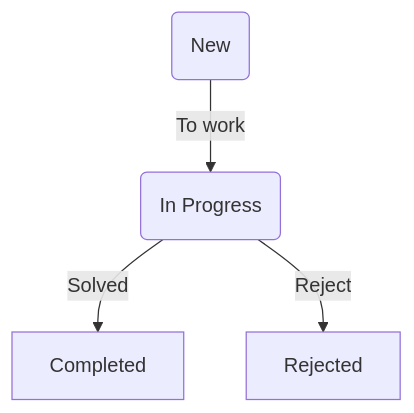
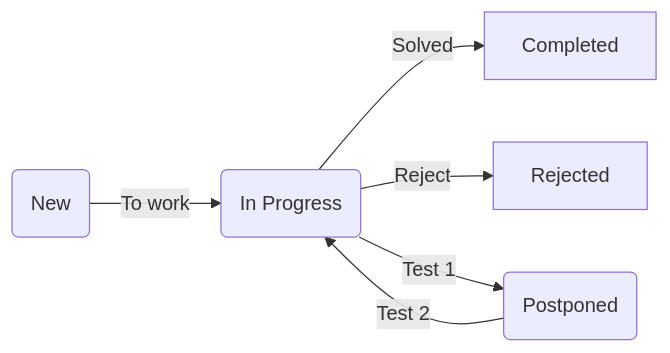
Before and after one commit to krivobokovvv/project-life: the diagram in docs/mvp.md, drawn with Mermaid. The commit also changed other lines of this file, not shown here.

````diff
--- a/docs/mvp.md
+++ b/docs/mvp.md
@@ -16,11 +30,14 @@
 ```mermaid
-graph TD
-N(New) 
-P(In Progress)
-C[Completed]
-R[Rejected]
+flowchart LR
+    N(New)
+    P(In Progress)
+    Pp(Postponed)
+    C[Completed]
+    R[Rejected]
 
-N -->|To work| P
-P -->|Solved| C
-P -->|Reject| R
+    N -- To work --> P
+    P -- Solved --> C
+    P -- Reject --> R
+    P -- Test 1 --> Pp
+    Pp -- Test 2 --> P
 ```
````
